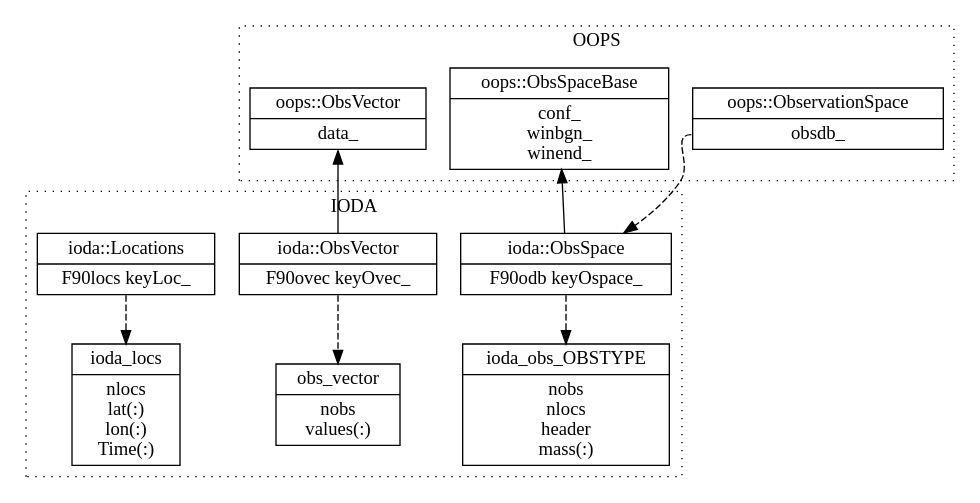
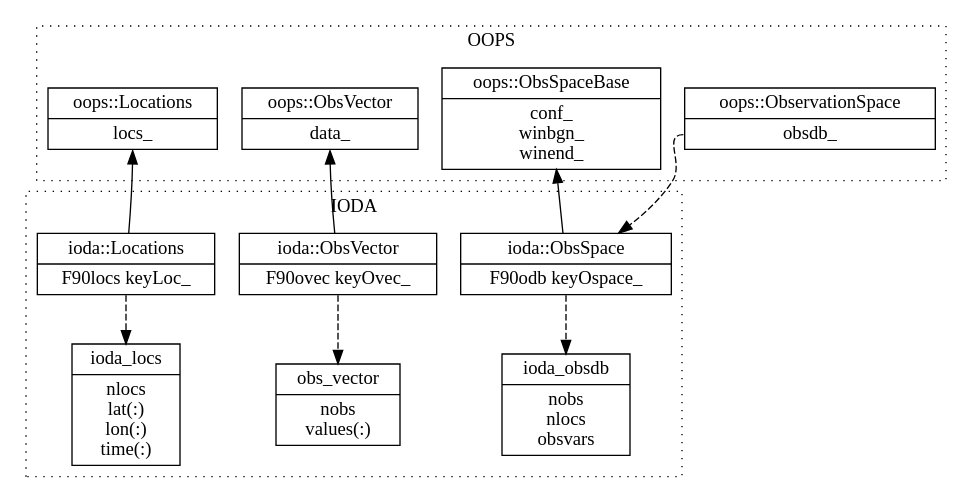
Before and after one commit to srherbener/my-diagrams: the diagram in IODA/class_structure.gv, drawn with Graphviz.

Commit message:
Modified class structure diagram to reflect the single class ObsSpace implementation.

```diff
--- a/IODA/class_structure.gv
+++ b/IODA/class_structure.gv
@@ -1,40 +1,40 @@
 digraph ClassStruct
   {
   subgraph cluster_OOPS {
   graph [ style=dotted ];
   label="OOPS";
 
   ObservationSpace [ shape=record, label="{oops::ObservationSpace|<odb1>obsdb_}" ];
   ObsSpaceBase [ shape=record, label="{oops::ObsSpaceBase|conf_\nwinbgn_\nwinend_}" ];
 
   OopsObsVector [ shape=record, label="{oops::ObsVector|<ovec1>data_}" ];
+
+  OopsLocations [ shape=record, label="{oops::Locations|<locs1>locs_}" ];
   }
 
   subgraph cluster_IODA {
   graph [ style=dotted ];
   label="IODA";
 
   ObsSpace [ shape=record, label="{ioda::ObsSpace|<os1>F90odb keyOspace_}" ];
-  OspaceRegistry [ shape=record, label="{ioda_obs_OBSTYPE|nobs\nnlocs\nheader\nmass(:)}" ];
-
+  OspaceRegistry [ shape=record, label="{ioda_obsdb|nobs\nnlocs\nobsvars}" ];
   ObsSpace:os1 -> OspaceRegistry [ style=dashed ];
 
   ObsVector [ shape=record, label="{ioda::ObsVector|<ov1>F90ovec keyOvec_}" ];
   OvecRegistry [ shape=record, label="{obs_vector|nobs\nvalues(:)}" ];
-
   ObsVector:<ov1> -> OvecRegistry [ style=dashed ];
 
   ObsLoc [ shape=record, label="{ioda::Locations|<loc1>F90locs keyLoc_}" ];
-  OlocRegistry [ shape=record, label="{ioda_locs|nlocs\nlat(:)\nlon(:)\nTime(:)}" ];
-
+  OlocRegistry [ shape=record, label="{ioda_locs|nlocs\nlat(:)\nlon(:)\ntime(:)}" ];
   ObsLoc:<loc1> -> OlocRegistry [ style=dashed ];
   }
 
   ObservationSpace:odb1 -> ObsSpace [ style=dashed ];
 
   ObsSpaceBase -> ObsSpace [ dir=back ];
 
-
   OopsObsVector:ovec1 -> ObsVector [ dir=back ];
 
+  OopsLocations:locs1 -> ObsLoc [ dir = back ];
+
   }
```
